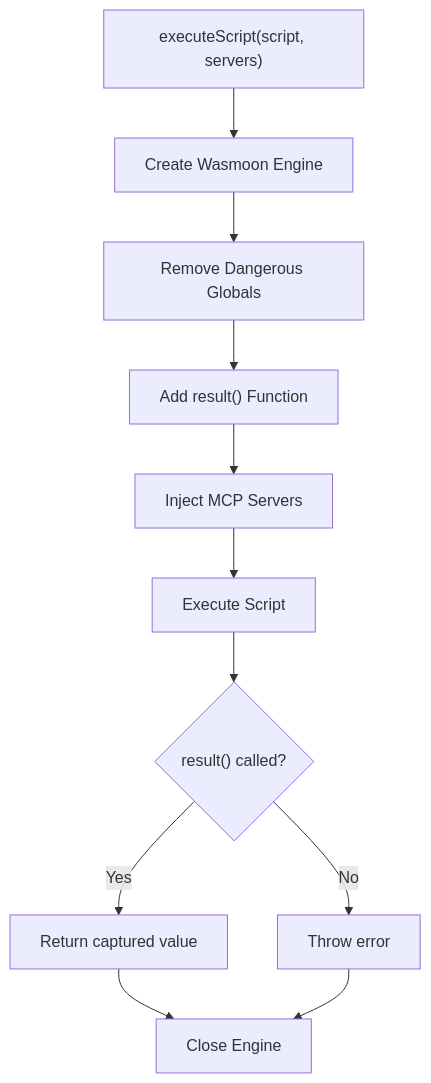
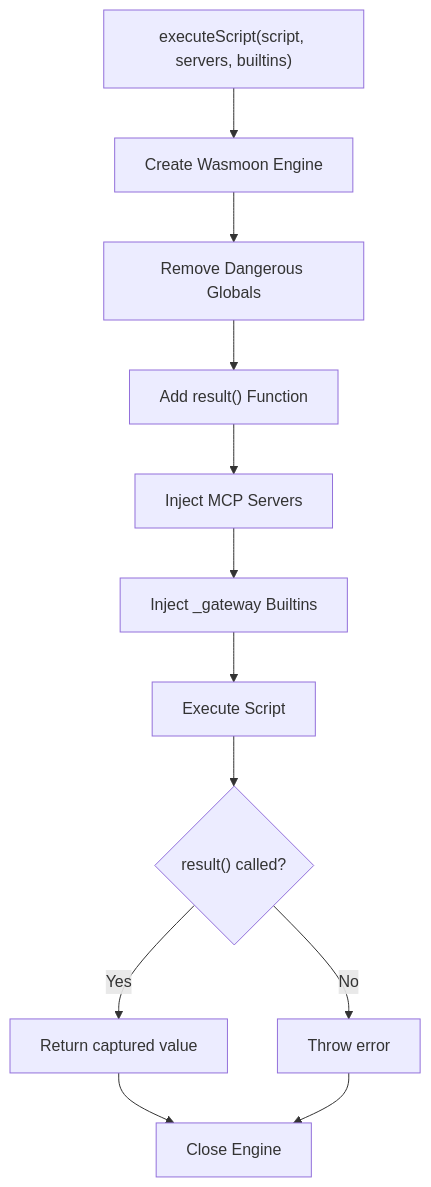
Before and after one commit to karashiiro/my-cool-proxy: the second of 4 diagrams in docs/design/lua-runtime.md, drawn with Mermaid. The commit also changed other lines of this file and 33 other files, not shown here.

First line of the commit message:
refactor: move gateway tools into Lua interpreter as _gateway builtins

````diff
--- a/docs/design/lua-runtime.md
+++ b/docs/design/lua-runtime.md
@@ -37,13 +41,14 @@
 ```mermaid
 flowchart TB
-    Start["executeScript(script, servers)"] --> CreateEngine["Create Wasmoon Engine"]
+    Start["executeScript(script, servers, builtins)"] --> CreateEngine["Create Wasmoon Engine"]
     CreateEngine --> RemoveGlobals["Remove Dangerous Globals"]
     RemoveGlobals --> AddResult["Add result() Function"]
     AddResult --> InjectServers["Inject MCP Servers"]
-    InjectServers --> Execute["Execute Script"]
+    InjectServers --> InjectBuiltins["Inject _gateway Builtins"]
+    InjectBuiltins --> Execute["Execute Script"]
     Execute --> CheckResult{"result() called?"}
     CheckResult -->|Yes| Return["Return captured value"]
     CheckResult -->|No| Error["Throw error"]
     Return --> Cleanup["Close Engine"]
     Error --> Cleanup
 ```
````
